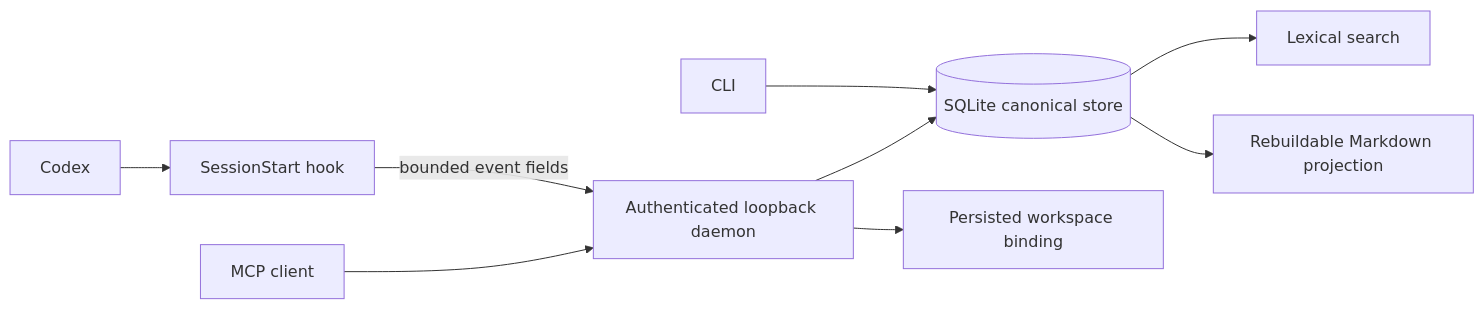
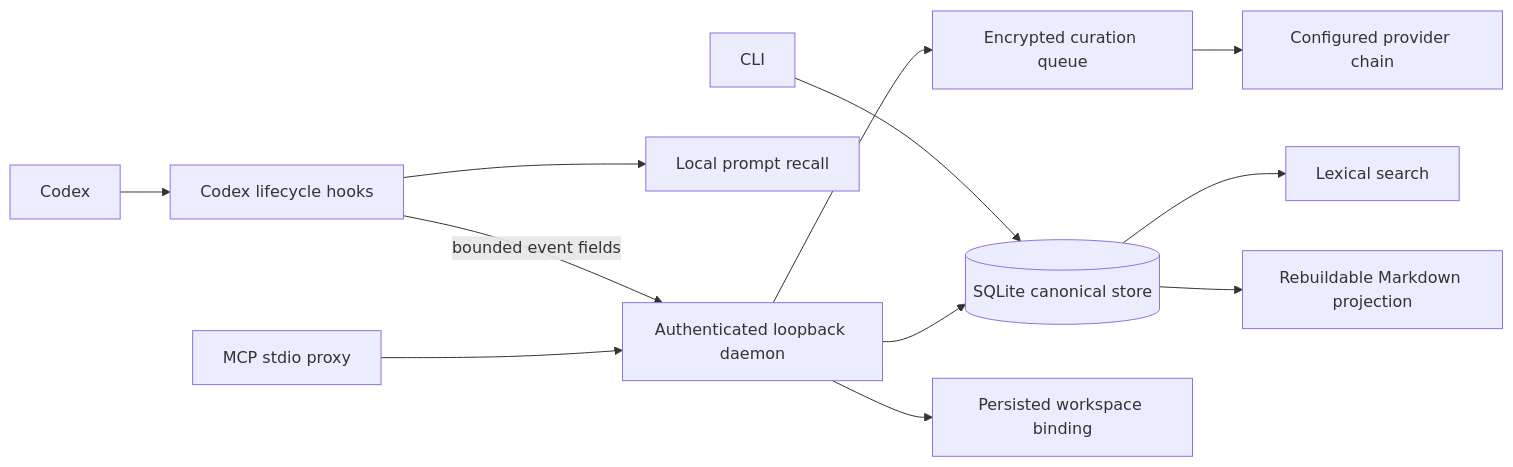
One commit to araihu/talaria-mem changed the diagram in README.md. Above: the diagram before and after it, drawn with Mermaid. The commit also changed other lines of this file and 8 other files, not shown here.

````diff
--- a/README.md
+++ b/README.md
@@ -43,11 +46,14 @@
 ```mermaid
 flowchart LR
-    codex["Codex"] --> hook["SessionStart hook"]
-    hook -->|"bounded event fields"| daemon["Authenticated loopback daemon"]
-    mcp["MCP client"] --> daemon
+    codex["Codex"] --> hooks["Codex lifecycle hooks"]
+    hooks -->|"bounded event fields"| daemon["Authenticated loopback daemon"]
+    hooks --> recall["Local prompt recall"]
+    daemon --> queue["Encrypted curation queue"]
+    queue --> provider["Configured provider chain"]
+    mcp["MCP stdio proxy"] --> daemon
     cli["CLI"] --> sqlite[("SQLite canonical store")]
     daemon --> sqlite
     daemon --> binding["Persisted workspace binding"]
     sqlite --> search["Lexical search"]
     sqlite --> projection["Rebuildable Markdown projection"]
 ```
````
